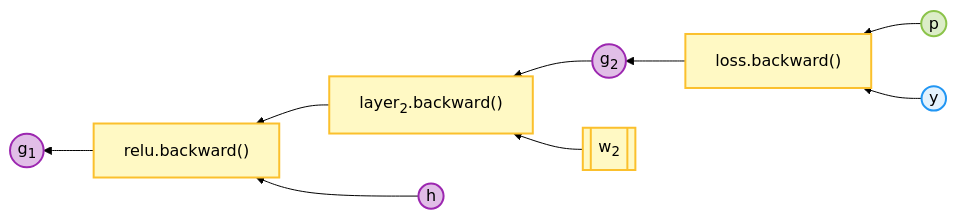
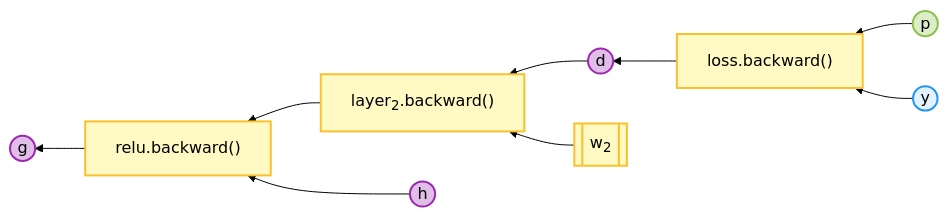
One commit to GPTmini/GPTmini changed the diagram in mermaid-scripts/01-layer-relu-backward.mmd. Above: the diagram before and after it, drawn with Mermaid (forest theme). The commit also changed 6 other files, not shown here.

```diff
--- a/mermaid-scripts/01-layer-relu-backward.mmd
+++ b/mermaid-scripts/01-layer-relu-backward.mmd
@@ -1,13 +1,13 @@
 flowchart RL
     classDef in fill:#E3F2FD,stroke:#2196F3,stroke-width:2px;
     classDef model fill:#FFF9C4,stroke:#FBC02D,stroke-width:2px;
     classDef data fill:#E1BEE7,stroke:#9C27B0,stroke-width:2px;
     classDef test fill:#F8BBD0,stroke:#E91E63,stroke-width:2px;
     classDef out fill:#DCEDC8,stroke:#8BC34A,stroke-width:2px;
     classDef skip stroke:#B0BEC5,stroke-width:2px,stroke-dasharray: 5 5;
 
-    P((p)):::out --> G1["loss.backward()"]:::model --> og((g<sub>2</sub>)):::data
-    og --> G2["layer<sub>2</sub>.backward()"]:::model --> RB["relu.backward()"]:::model --> hg((g<sub>1</sub>)):::data
+    P((p)):::out --> G1["loss.backward()"]:::model --> og((d)):::data
+    og --> G2["layer<sub>2</sub>.backward()"]:::model --> RB["relu.backward()"]:::model --> hg((g)):::data
     Y((y)):::in --> G1
     W2[[w<sub>2</sub>]]:::model --> G2
     h((h)):::data --> RB
```
